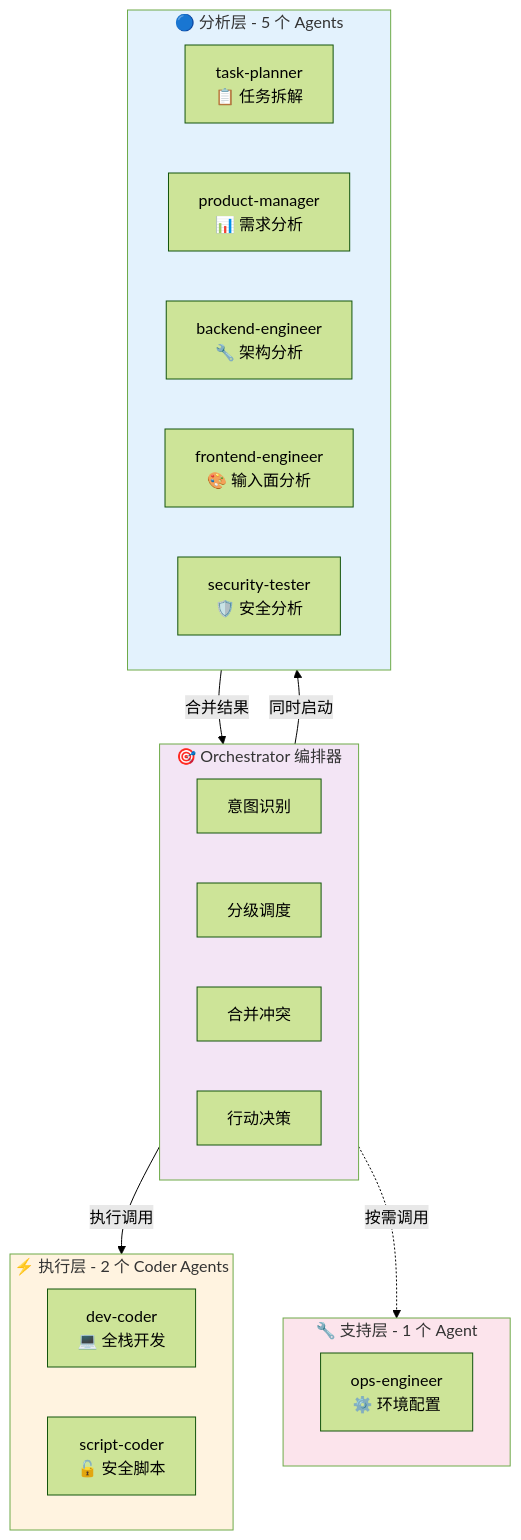
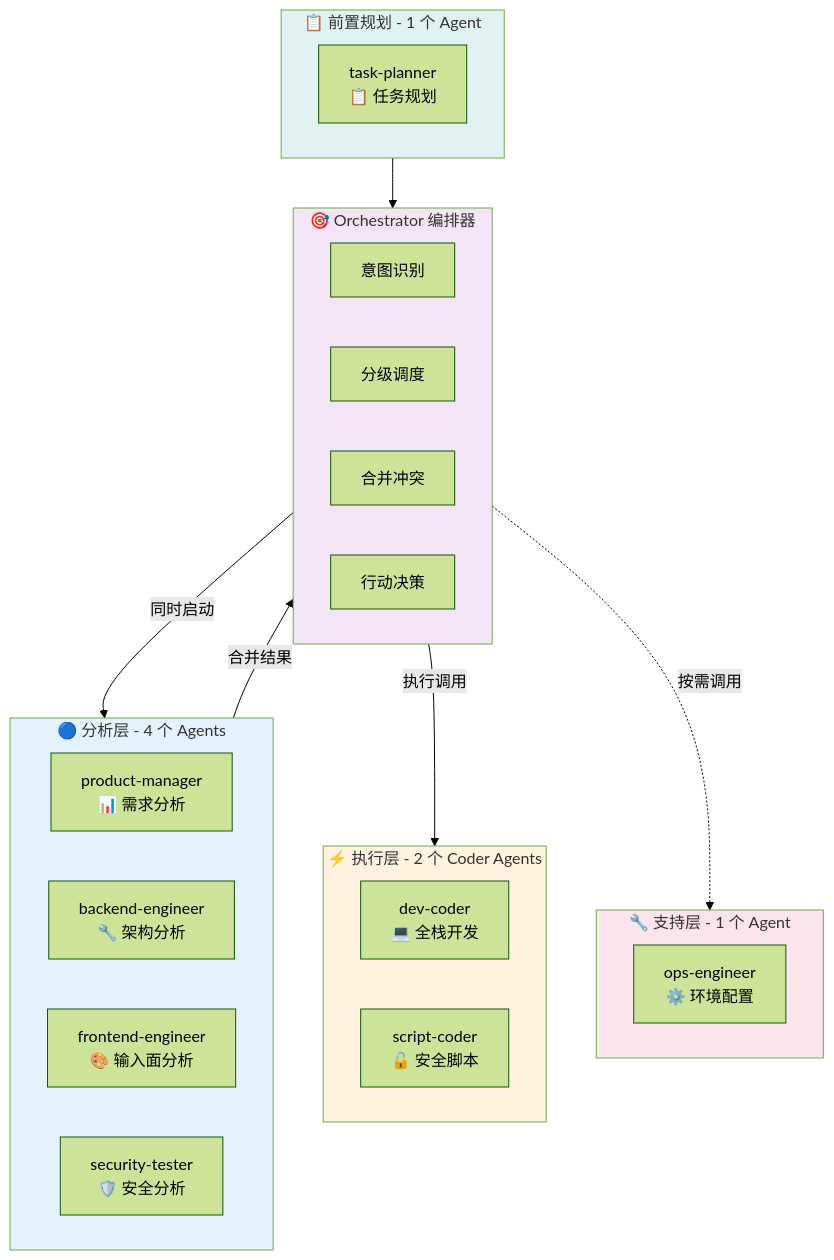
Before and after one commit to xxipv6/claudeSandBox: the fourth of 9 diagrams in ARCHITECTURE.md, drawn with Mermaid (forest theme). The commit also changed other lines of this file and 50 other files, not shown here.

````diff
--- a/ARCHITECTURE.md
+++ b/ARCHITECTURE.md
@@ -216,37 +212,42 @@
 ```mermaid
 graph TB
     subgraph Orchestrator["🎯 Orchestrator 编排器"]
         Direction[意图识别]
         Schedule[分级调度]
         Merge[合并冲突]
         Decision[行动决策]
     end
 
-    subgraph Analysis["🔵 分析层 - 5 个 Agents"]
-        TP[task-planner<br/>📋 任务拆解]
+    subgraph Analysis["🔵 分析层 - 4 个 Agents"]
         PM[product-manager<br/>📊 需求分析]
         BE[backend-engineer<br/>🔧 架构分析]
         FE[frontend-engineer<br/>🎨 输入面分析]
         ST[security-tester<br/>🛡️ 安全分析]
     end
 
     subgraph Execution["⚡ 执行层 - 2 个 Coder Agents"]
         DC[dev-coder<br/>💻 全栈开发]
         SC[script-coder<br/>🔓 安全脚本]
     end
 
     subgraph Support["🔧 支持层 - 1 个 Agent"]
         OE[ops-engineer<br/>⚙️ 环境配置]
     end
 
+    subgraph Planning["📋 前置规划 - 1 个 Agent"]
+        TP[task-planner<br/>📋 任务规划]
+    end
+
+    Planning --> Orchestrator
     Orchestrator -->|同时启动| Analysis
     Orchestrator -->|执行调用| Execution
     Orchestrator -.->|按需调用| Support
 
     Analysis -->|合并结果| Orchestrator
 
     style Orchestrator fill:#f3e5f5
     style Analysis fill:#e3f2fd
     style Execution fill:#fff3e0
     style Support fill:#fce4ec
+    style Planning fill:#e0f2f1
 ```
````
